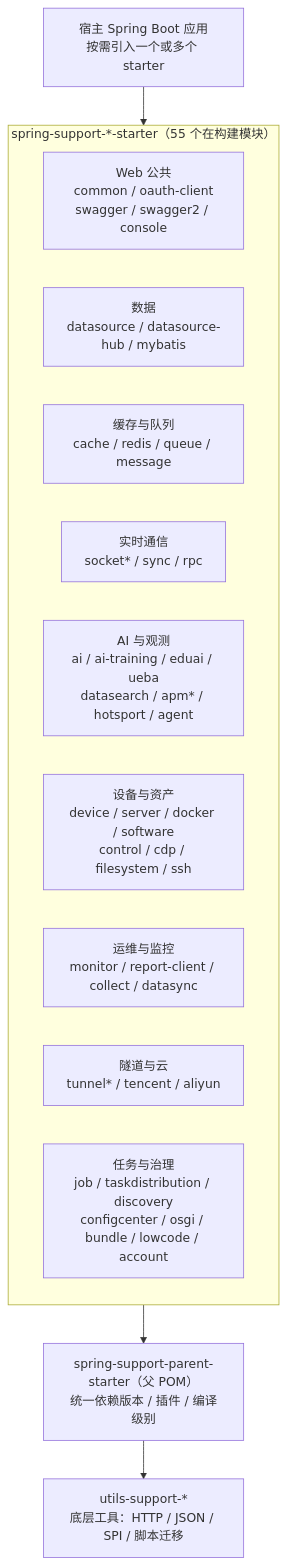
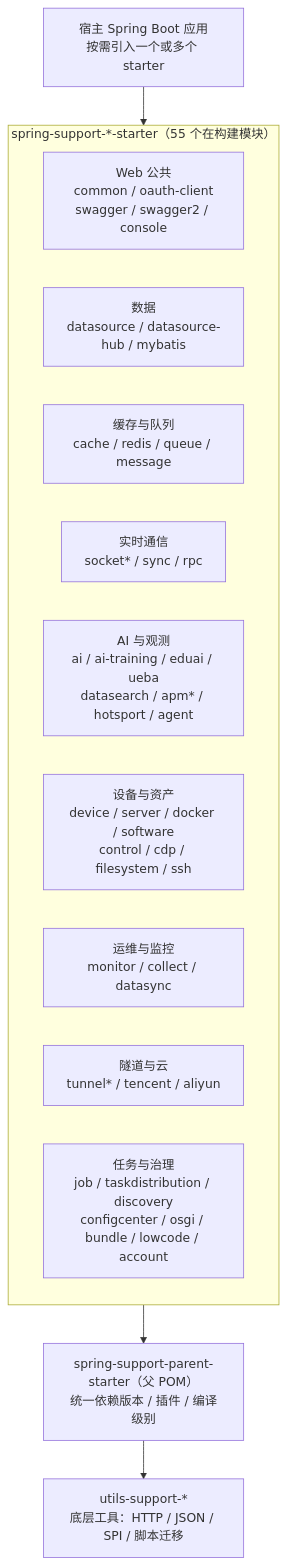
Before and after one commit to CHTK001/spring-support-parent-starter: the first of 2 diagrams in README.md, drawn with Mermaid. The commit also changed other lines of this file and 41 other files, not shown here.

````diff
--- a/README.md
+++ b/README.md
@@ -39,21 +39,21 @@
 ```mermaid
 flowchart TB
     HOST["宿主 Spring Boot 应用<br/>按需引入一个或多个 starter"]
     subgraph STARTERS["spring-support-*-starter（55 个在构建模块）"]
         direction LR
         WEB["Web 公共<br/>common / oauth-client<br/>swagger / swagger2 / console"]
         DATA["数据<br/>datasource / datasource-hub / mybatis"]
         CACHE["缓存与队列<br/>cache / redis / queue / message"]
         RT["实时通信<br/>socket* / sync / rpc"]
         AI["AI 与观测<br/>ai / ai-training / eduai / ueba<br/>datasearch / apm* / hotsport / agent"]
         DEV["设备与资产<br/>device / server / docker / software<br/>control / cdp / filesystem / ssh"]
-        OPS["运维与监控<br/>monitor / report-client / collect / datasync"]
+        OPS["运维与监控<br/>monitor / collect / datasync"]
         TUN["隧道与云<br/>tunnel* / tencent / aliyun"]
         GOV["任务与治理<br/>job / taskdistribution / discovery<br/>configcenter / osgi / bundle / lowcode / account"]
     end
     PARENT["spring-support-parent-starter（父 POM）<br/>统一依赖版本 / 插件 / 编译级别"]
     UTILS["utils-support-*<br/>底层工具：HTTP / JSON / SPI / 脚本迁移"]
     HOST --> STARTERS
     STARTERS --> PARENT
     PARENT --> UTILS
 ```
````
